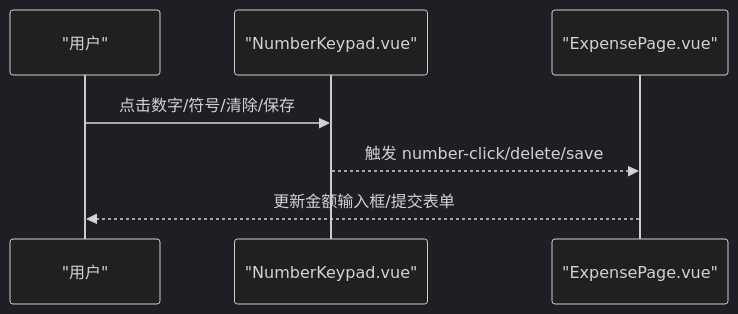
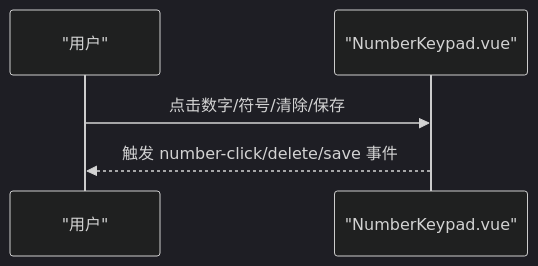
One commit to xiao-lin-unit/yuan changed the sixth of 7 diagrams in .qoder/repowiki/zh/content/UI组件/交互组件.md. Above: the diagram before and after it, drawn with Mermaid (dark theme). The commit also changed other lines of this file and 9 other files, not shown here.

````diff
--- a/.qoder/repowiki/zh/content/UI组件/交互组件.md
+++ b/.qoder/repowiki/zh/content/UI组件/交互组件.md
@@ -223,9 +256,7 @@
 ```mermaid
 sequenceDiagram
 participant U as "用户"
 participant NKP as "NumberKeypad.vue"
-participant EP as "ExpensePage.vue"
 U->>NKP : 点击数字/符号/清除/保存
-NKP-->>EP : 触发 number-click/delete/save
-EP-->>U : 更新金额输入框/提交表单
+NKP-->>U : 触发 number-click/delete/save 事件
 ```
````
